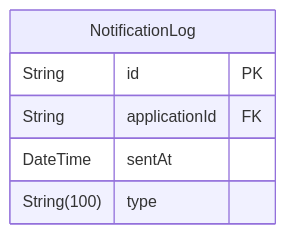
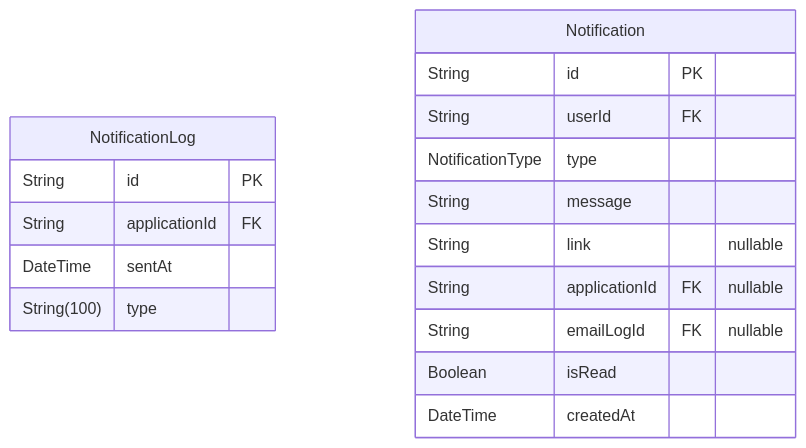
Before and after one commit to dnum-mi/referentiel-applications: the eighth of 14 diagrams in backend/prisma/docs/schema.md, drawn with Mermaid. The commit also changed other lines of this file and 48 other files, not shown here.

````diff
--- a/backend/prisma/docs/schema.md
+++ b/backend/prisma/docs/schema.md
@@ -759,9 +759,20 @@
 ```mermaid
 erDiagram
 "NotificationLog" {
   String id PK
   String applicationId FK
   DateTime sentAt
   String(100) type
 }
+"Notification" {
+  String id PK
+  String userId FK
+  NotificationType type
+  String message
+  String link "nullable"
+  String applicationId FK "nullable"
+  String emailLogId FK "nullable"
+  Boolean isRead
+  DateTime createdAt
+}
 ```
````
